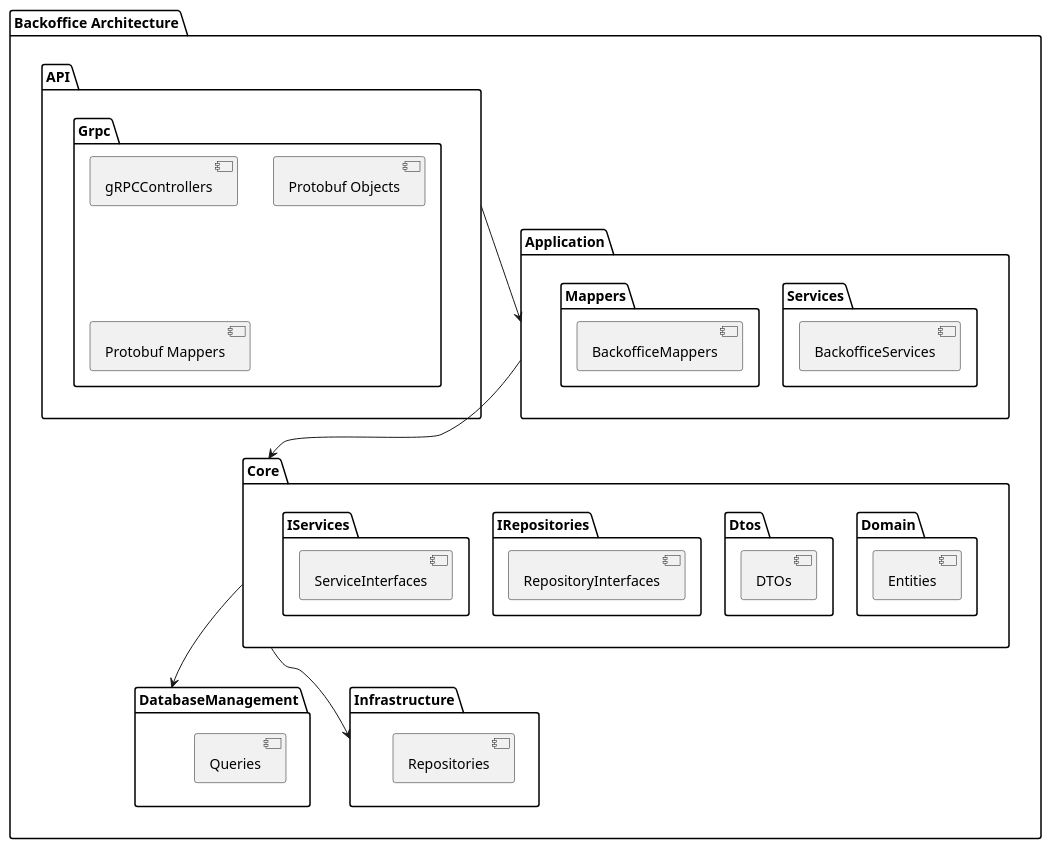
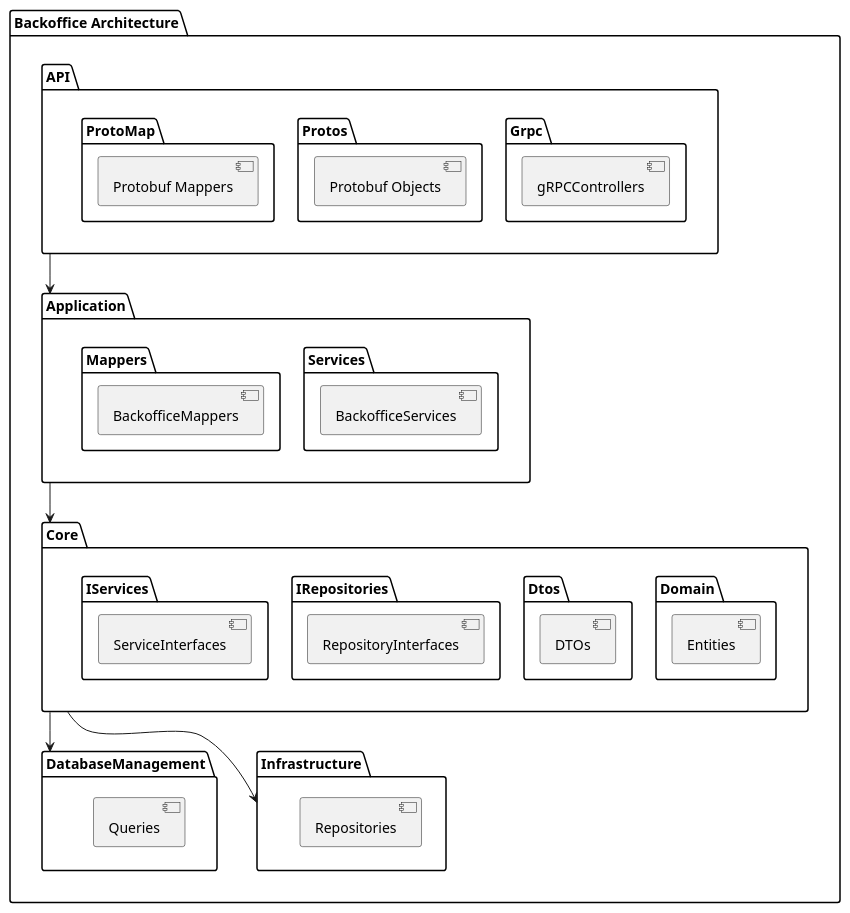
Before and after one commit to 1181479/Park_Management_System_GRPC: the diagram in diagrams/grpcArchitechture.puml, drawn with PlantUML. The commit also changed 1 other file, not shown here.

Commit message:
fixed diagram

```diff
--- a/diagrams/grpcArchitechture.puml
+++ b/diagrams/grpcArchitechture.puml
@@ -1,45 +1,49 @@
 @startuml
 
 package "Backoffice Architecture" {
     package "API"{
         package "Grpc"{
             [gRPCControllers]
+        }
+        package "Protos"{
             [Protobuf Objects]
+        }
+        package "ProtoMap"{
             [Protobuf Mappers]
         }
     }
     package "Application" {
         package "Services"{
             [BackofficeServices]
         }
         package "Mappers"{
             [BackofficeMappers]
         }
     }
     package "Core" {
         package "Domain"{
             [Entities]
         }
         package "Dtos"{
             [DTOs]
         }
         package "IRepositories"{
             [RepositoryInterfaces]
         }
         package "IServices"{
             [ServiceInterfaces]
         }
     }
     package "DatabaseManagement"{
         [Queries]
     }
     package "Infrastructure"{
         [Repositories]
     }
     API --> Application
     Application --> Core
     Core --> DatabaseManagement
     Core --> Infrastructure
 }
 
 @enduml
```
